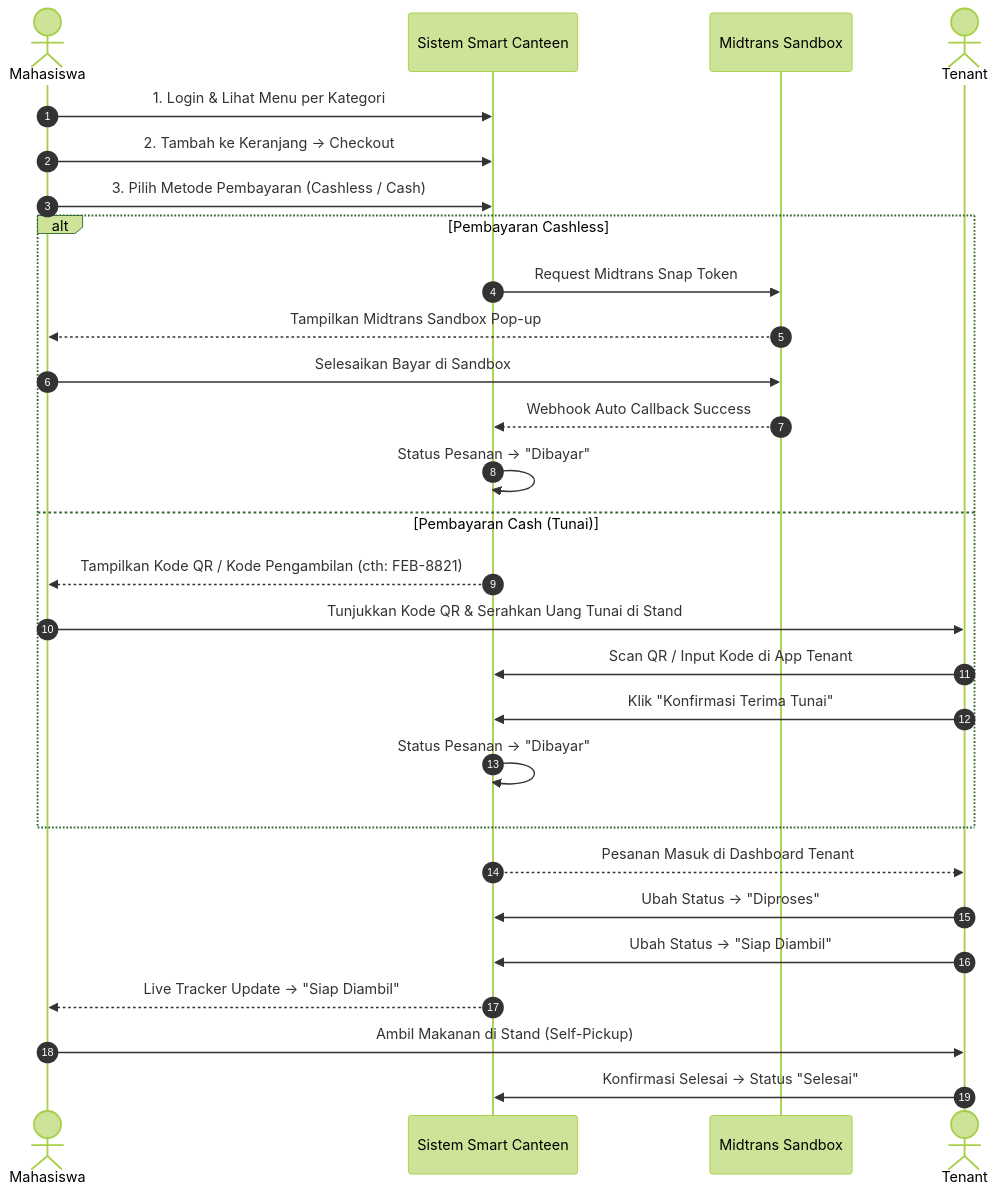
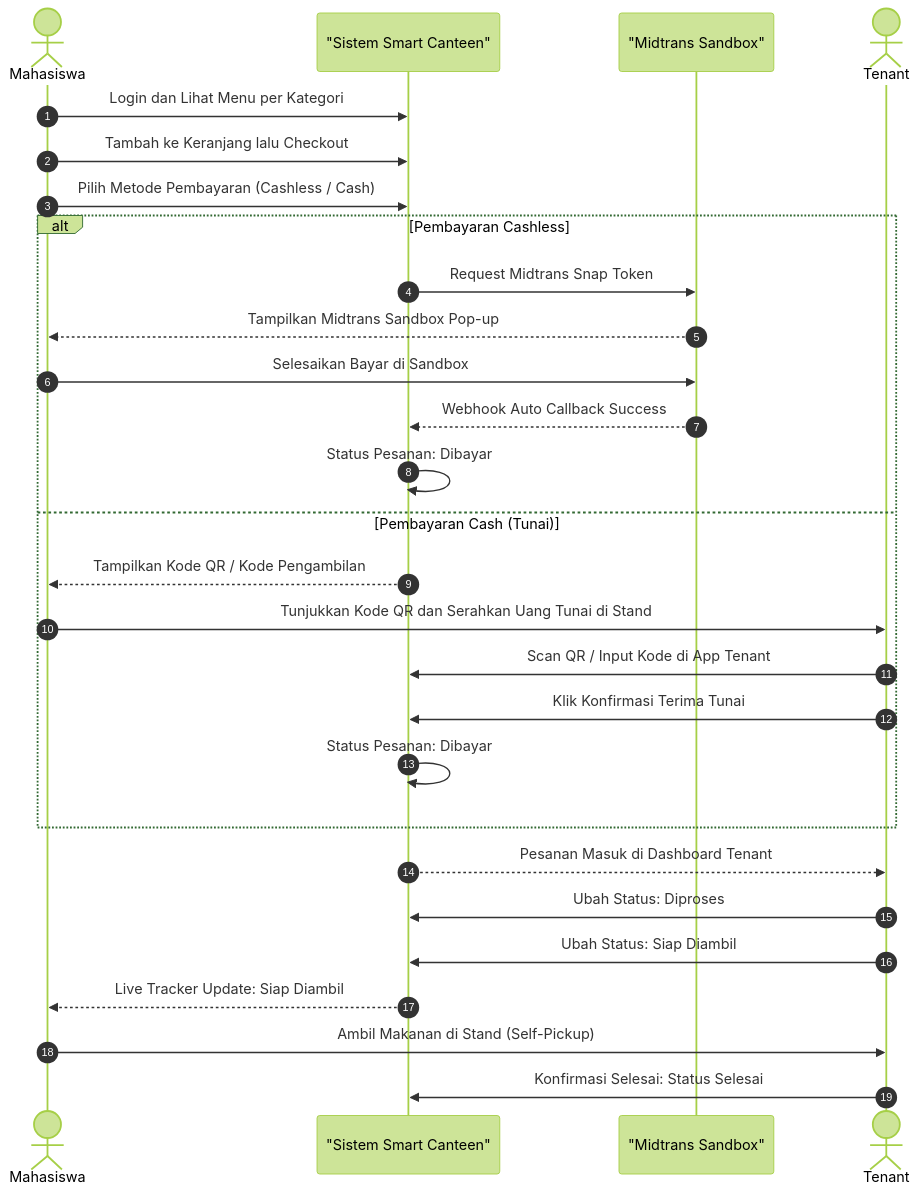
The first of 2 diagrams in docs/03-user-flow.md (Hnzsama/smart_canteen), drawn with Mermaid (forest theme) before and after one commit. The commit also changed other lines of this file and 6 other files, not shown here.

Commit message:
fix(docs): enlarge Mermaid diagrams and add .nojekyll for GitHub Pages

````diff
--- a/docs/03-user-flow.md
+++ b/docs/03-user-flow.md
@@ -7,33 +7,33 @@
 ```mermaid
 sequenceDiagram
     autonumber
     actor M as Mahasiswa
-    participant SYS as Sistem Smart Canteen
-    participant MID as Midtrans Sandbox
+    participant SYS as "Sistem Smart Canteen"
+    participant MID as "Midtrans Sandbox"
     actor T as Tenant
 
-    M->>SYS: 1. Login & Lihat Menu per Kategori
-    M->>SYS: 2. Tambah ke Keranjang -> Checkout
-    M->>SYS: 3. Pilih Metode Pembayaran (Cashless / Cash)
+    M->>SYS: Login dan Lihat Menu per Kategori
+    M->>SYS: Tambah ke Keranjang lalu Checkout
+    M->>SYS: Pilih Metode Pembayaran (Cashless / Cash)
     
     alt Pembayaran Cashless
         SYS->>MID: Request Midtrans Snap Token
         MID-->>M: Tampilkan Midtrans Sandbox Pop-up
         M->>MID: Selesaikan Bayar di Sandbox
         MID-->>SYS: Webhook Auto Callback Success
-        SYS->>SYS: Status Pesanan -> "Dibayar"
+        SYS->>SYS: Status Pesanan: Dibayar
     else Pembayaran Cash (Tunai)
-        SYS-->>M: Tampilkan Kode QR / Kode Pengambilan (cth: FEB-8821)
-        M->>T: Tunjukkan Kode QR & Serahkan Uang Tunai di Stand
+        SYS-->>M: Tampilkan Kode QR / Kode Pengambilan
+        M->>T: Tunjukkan Kode QR dan Serahkan Uang Tunai di Stand
         T->>SYS: Scan QR / Input Kode di App Tenant
-        T->>SYS: Klik "Konfirmasi Terima Tunai"
-        SYS->>SYS: Status Pesanan -> "Dibayar"
+        T->>SYS: Klik Konfirmasi Terima Tunai
+        SYS->>SYS: Status Pesanan: Dibayar
     end
 
     SYS-->>T: Pesanan Masuk di Dashboard Tenant
-    T->>SYS: Ubah Status -> "Diproses"
-    T->>SYS: Ubah Status -> "Siap Diambil"
-    SYS-->>M: Live Tracker Update -> "Siap Diambil"
+    T->>SYS: Ubah Status: Diproses
+    T->>SYS: Ubah Status: Siap Diambil
+    SYS-->>M: Live Tracker Update: Siap Diambil
     M->>T: Ambil Makanan di Stand (Self-Pickup)
-    T->>SYS: Konfirmasi Selesai -> Status "Selesai"
+    T->>SYS: Konfirmasi Selesai: Status Selesai
 ```
````
